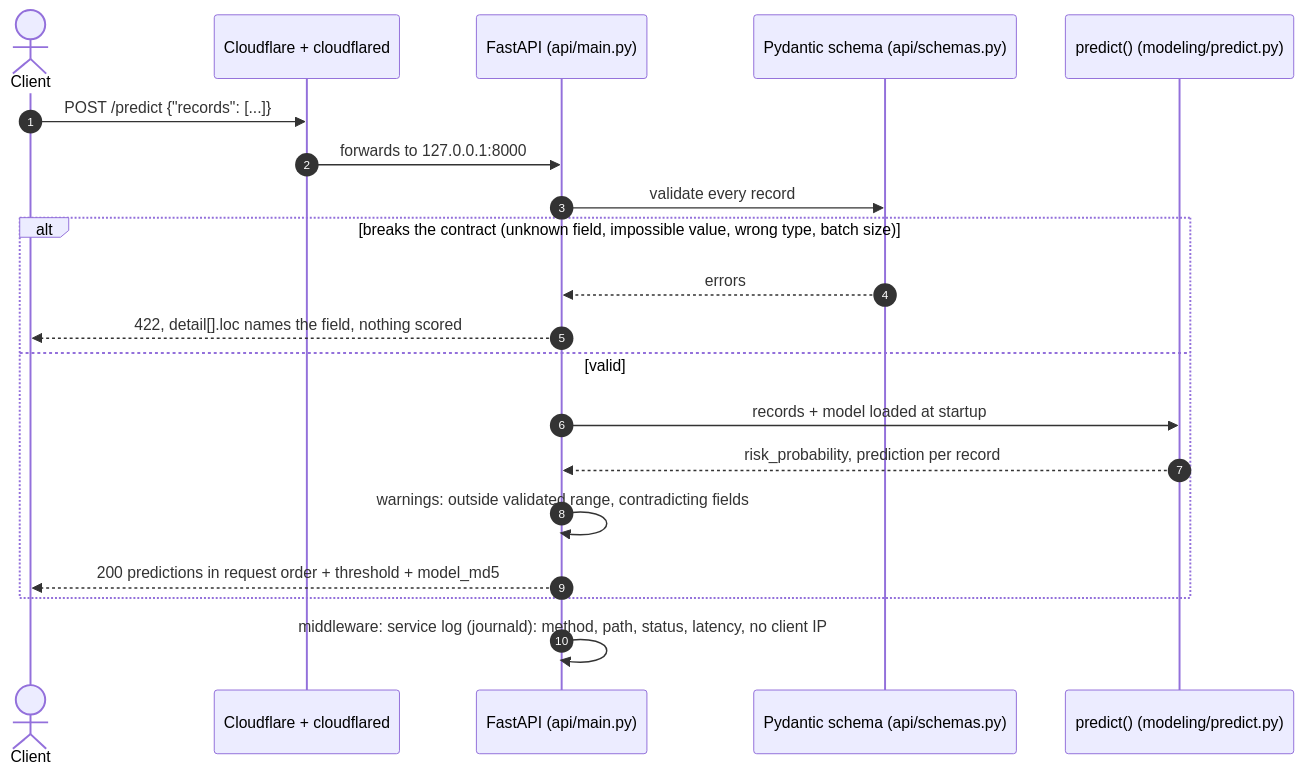
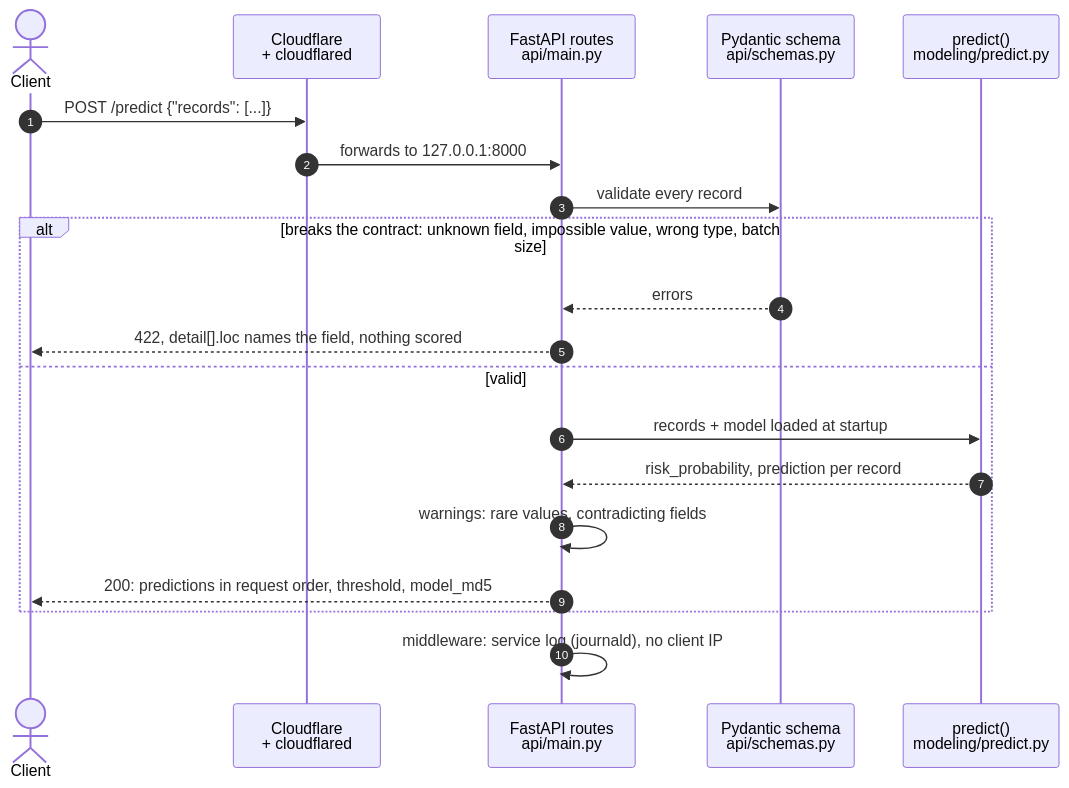
The diagram in docs/system_design.md (taed2-2627q1-gced-upc/taed2-astra), drawn with Mermaid before and after one commit. The commit also changed other lines of this file and 5 other files, not shown here.

Commit message:
fix: update dvc.lock hash and architecture diagrams

````diff
--- a/docs/system_design.md
+++ b/docs/system_design.md
@@ -81,23 +86,23 @@
 ```mermaid
 sequenceDiagram
     autonumber
     actor C as Client
-    participant CF as Cloudflare + cloudflared
-    participant A as FastAPI (api/main.py)
-    participant S as Pydantic schema (api/schemas.py)
-    participant P as predict() (modeling/predict.py)
+    participant CF as Cloudflare<br/>+ cloudflared
+    participant A as FastAPI routes<br/>api/main.py
+    participant S as Pydantic schema<br/>api/schemas.py
+    participant P as predict()<br/>modeling/predict.py
 
     C->>CF: POST /predict {"records": [...]}
     CF->>A: forwards to 127.0.0.1:8000
     A->>S: validate every record
-    alt breaks the contract (unknown field, impossible value, wrong type, batch size)
+    alt breaks the contract: unknown field, impossible value, wrong type, batch size
         S-->>A: errors
         A-->>C: 422, detail[].loc names the field, nothing scored
     else valid
         A->>P: records + model loaded at startup
         P-->>A: risk_probability, prediction per record
-        A->>A: warnings: outside validated range, contradicting fields
-        A-->>C: 200 predictions in request order + threshold + model_md5
+        A->>A: warnings: rare values, contradicting fields
+        A-->>C: 200: predictions in request order, threshold, model_md5
     end
-    A->>A: middleware: service log (journald): method, path, status, latency, no client IP
+    A->>A: middleware: service log (journald), no client IP
 ```
````
